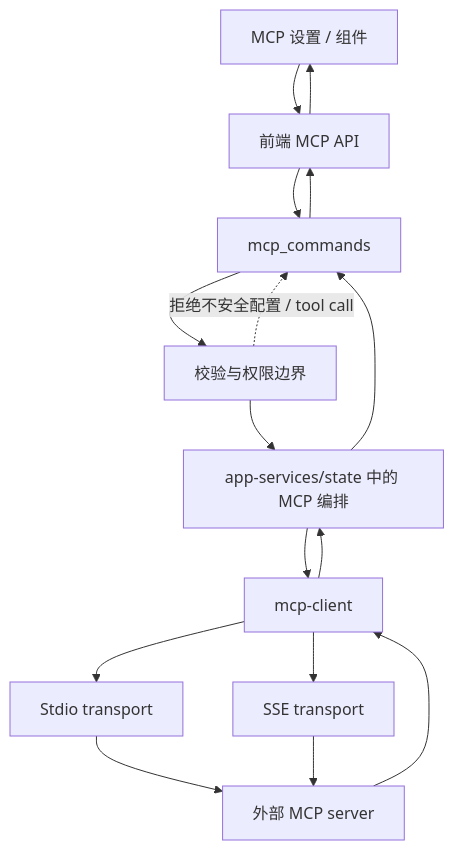
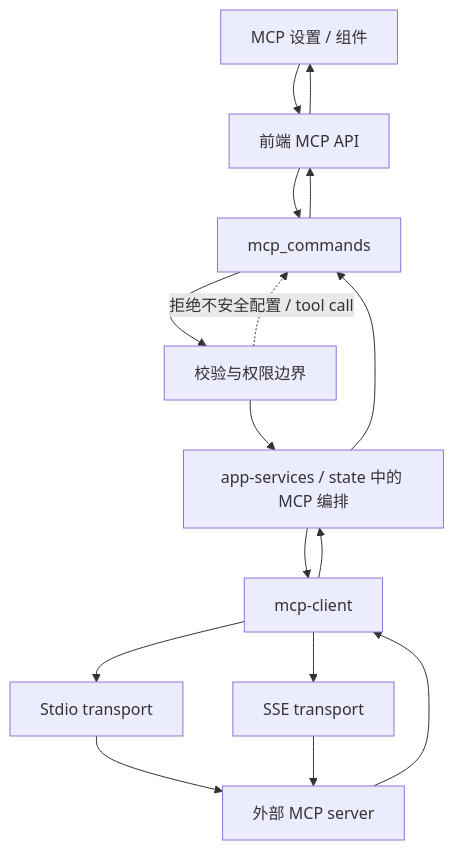
One commit to lQ-A-Ql/meow-detective changed diagram 14 of 14 in docs/model-architecture-algorithm-diagrams.md. Above: the diagram before and after it, drawn with Mermaid. The commit also changed other lines of this file and 70 other files, not shown here.

````diff
--- a/docs/model-architecture-algorithm-diagrams.md
+++ b/docs/model-architecture-algorithm-diagrams.md
@@ -438,18 +469,18 @@
 ```mermaid
 flowchart TB
   UI["MCP 设置 / 组件"]
   API["前端 MCP API"]
   Cmd["mcp_commands"]
-  Svc["app-services/state 中的 MCP 编排"]
+  Svc["app-services / state 中的 MCP 编排"]
   Client["mcp-client"]
   Stdio["Stdio transport"]
   SSE["SSE transport"]
   External["外部 MCP server"]
   Guard["校验与权限边界"]
 
   UI --> API --> Cmd --> Guard --> Svc --> Client
   Client --> Stdio --> External
   Client --> SSE --> External
   External --> Client --> Svc --> Cmd --> API --> UI
   Guard -.->|"拒绝不安全配置 / tool call"| Cmd
 ```
````
